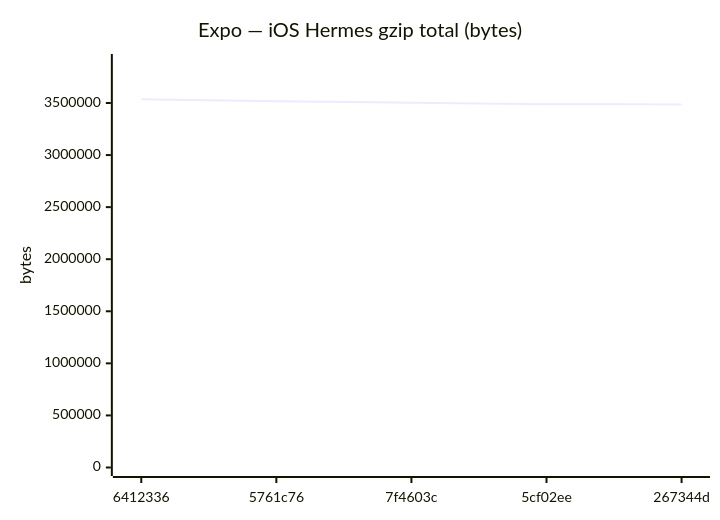
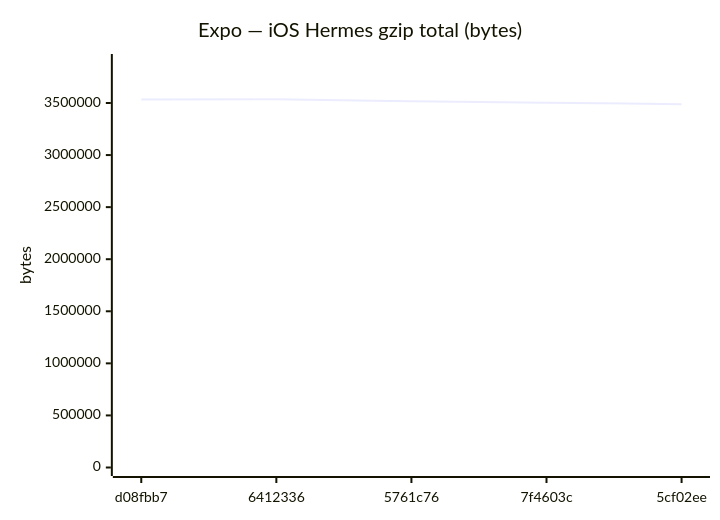
One commit to Metaheurist/Rianell changed diagram 12 of 18 in benchmarks/compare.md. Above: the diagram before and after it, drawn with Mermaid. The commit also changed other lines of this file and 11 other files, not shown here.

````diff
--- a/benchmarks/compare.md
+++ b/benchmarks/compare.md
@@ -179,7 +179,7 @@
 ```mermaid
 xychart-beta
     title "Expo — iOS Hermes gzip total (bytes)"
-    x-axis ["6412336", "5761c76", "7f4603c", "5cf02ee", "267344d"]
+    x-axis ["d08fbb7", "6412336", "5761c76", "7f4603c", "5cf02ee"]
     y-axis "bytes" 0 --> 3888801
-    line [3535273, 3515861, 3502937, 3488256, 3486228]
+    line [3534279, 3535273, 3515861, 3502937, 3488256]
 ```
````
